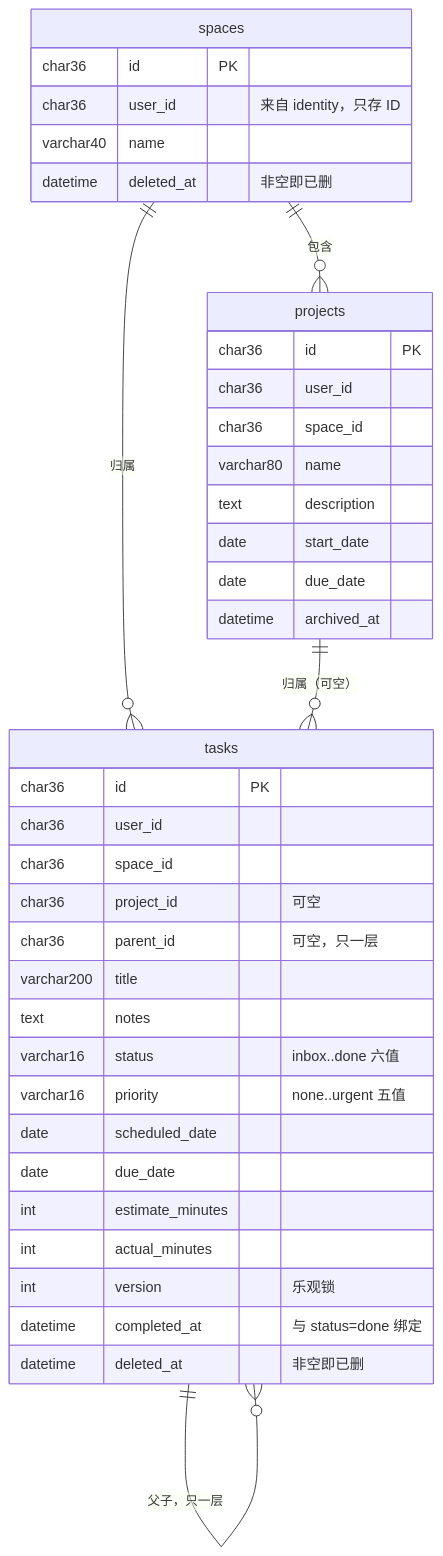
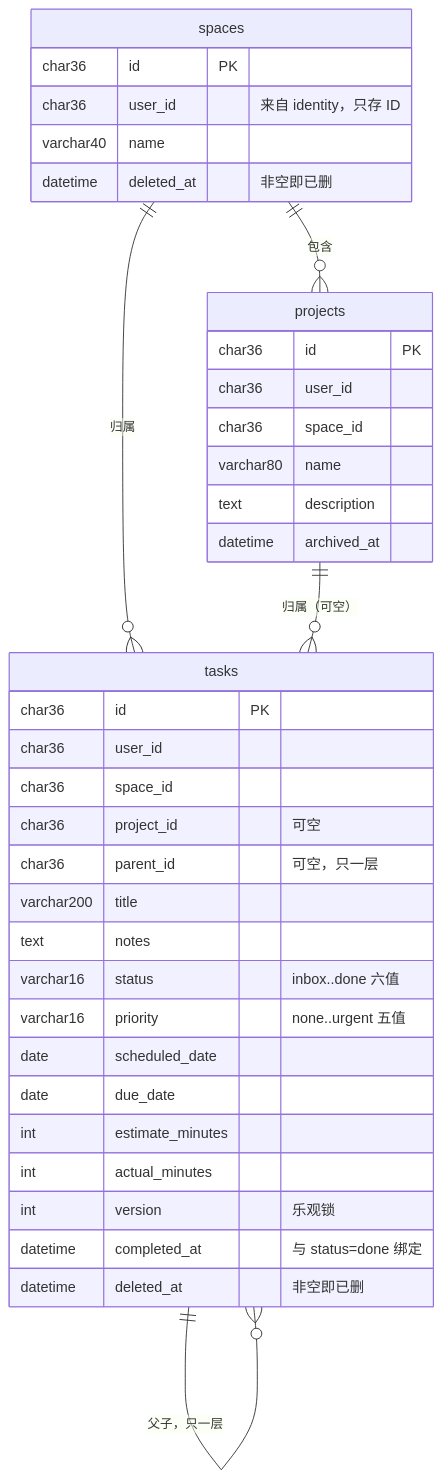
Before and after one commit to inezhi/dailywork: the diagram in docs/dev/er.md, drawn with Mermaid. The commit also changed 2 other files, not shown here.

Commit message:
fix(schema): drop project start and due dates
项目不需要起止日期，projects 只保留名称、描述、颜色与归档时间。
飞书 06 的 projects DDL、02 的范围表与 FR-P1、ER 图同步更新。

02 的 FR-P1 原本还提到项目的"状态"，但 projects 表从来没有这一列，
一并从描述里去掉了；要加回来需要先定它代表什么。

````diff
--- a/docs/dev/er.md
+++ b/docs/dev/er.md
@@ -8,44 +8,42 @@
 ```mermaid
 erDiagram
     spaces ||--o{ projects : "包含"
     spaces ||--o{ tasks : "归属"
     projects ||--o{ tasks : "归属（可空）"
     tasks ||--o{ tasks : "父子，只一层"
 
     spaces {
         char36 id PK
         char36 user_id "来自 identity，只存 ID"
         varchar40 name
         datetime deleted_at "非空即已删"
     }
 
     projects {
         char36 id PK
         char36 user_id
         char36 space_id
         varchar80 name
         text description
-        date start_date
-        date due_date
         datetime archived_at
     }
 
     tasks {
         char36 id PK
         char36 user_id
         char36 space_id
         char36 project_id "可空"
         char36 parent_id "可空，只一层"
         varchar200 title
         text notes
         varchar16 status "inbox..done 六值"
         varchar16 priority "none..urgent 五值"
         date scheduled_date
         date due_date
         int estimate_minutes
         int actual_minutes
         int version "乐观锁"
         datetime completed_at "与 status=done 绑定"
         datetime deleted_at "非空即已删"
     }
 ```
````
